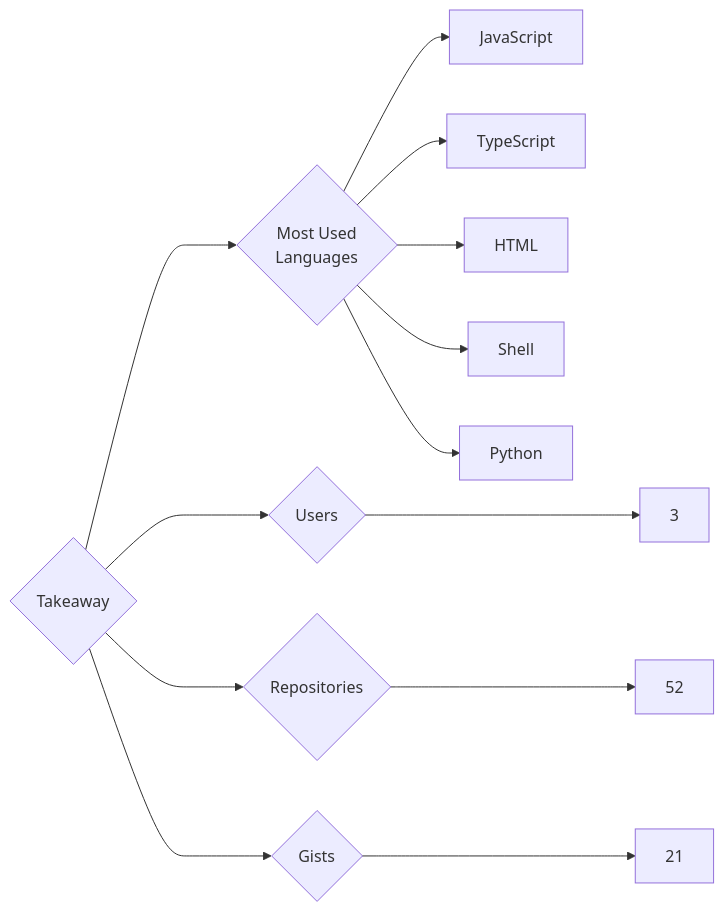
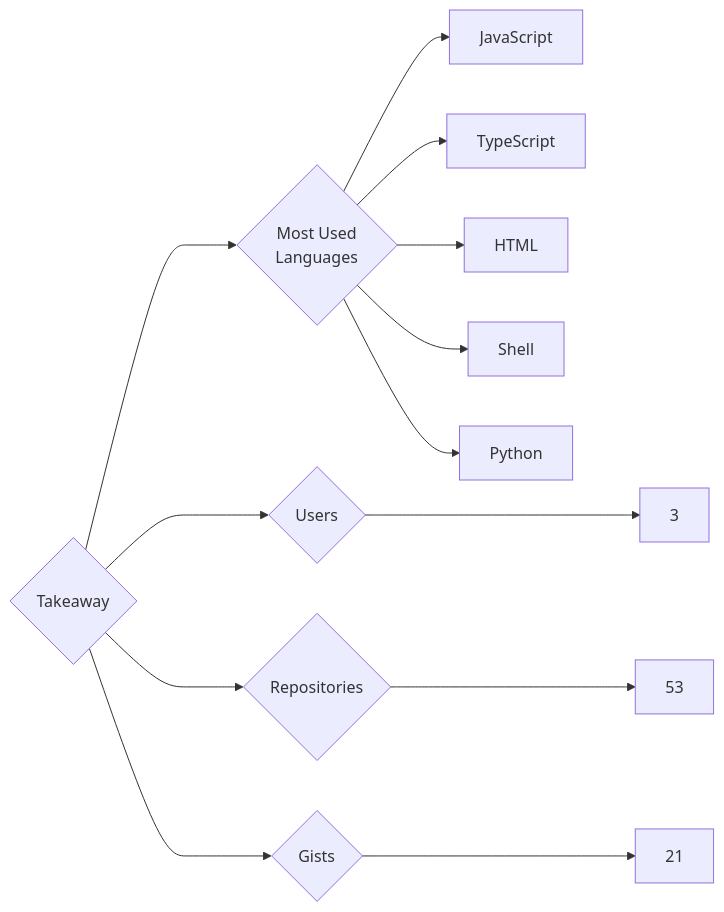
Before and after one commit to trickest/insiders: the diagram in targets/Takeaway/README.md, drawn with Mermaid. The commit also changed 728 other files, not shown here.

````diff
--- a/targets/Takeaway/README.md
+++ b/targets/Takeaway/README.md
@@ -3,13 +3,13 @@
 ```mermaid
 graph LR
 COMPANY_NAME{Takeaway}
 COMPANY_NAME ---> U{Users} ---> UN[3]
-COMPANY_NAME ---> R{Repositories} ---> RN[52]
+COMPANY_NAME ---> R{Repositories} ---> RN[53]
 COMPANY_NAME ---> G{Gists} ---> GN[21]
 COMPANY_NAME ---> ML{Most Used<br>Languages}
 ML --> JavaScript[JavaScript]
 ML --> TypeScript[TypeScript]
 ML --> HTML[HTML]
 ML --> Shell[Shell]
 ML --> Python[Python]
 ```
````
